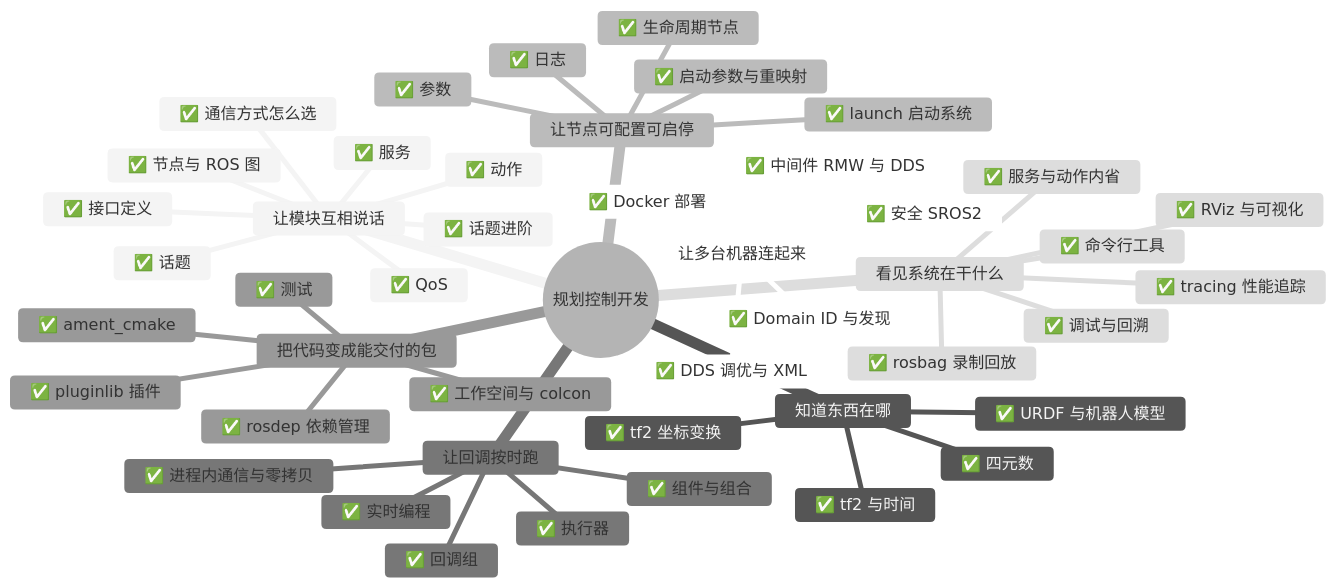
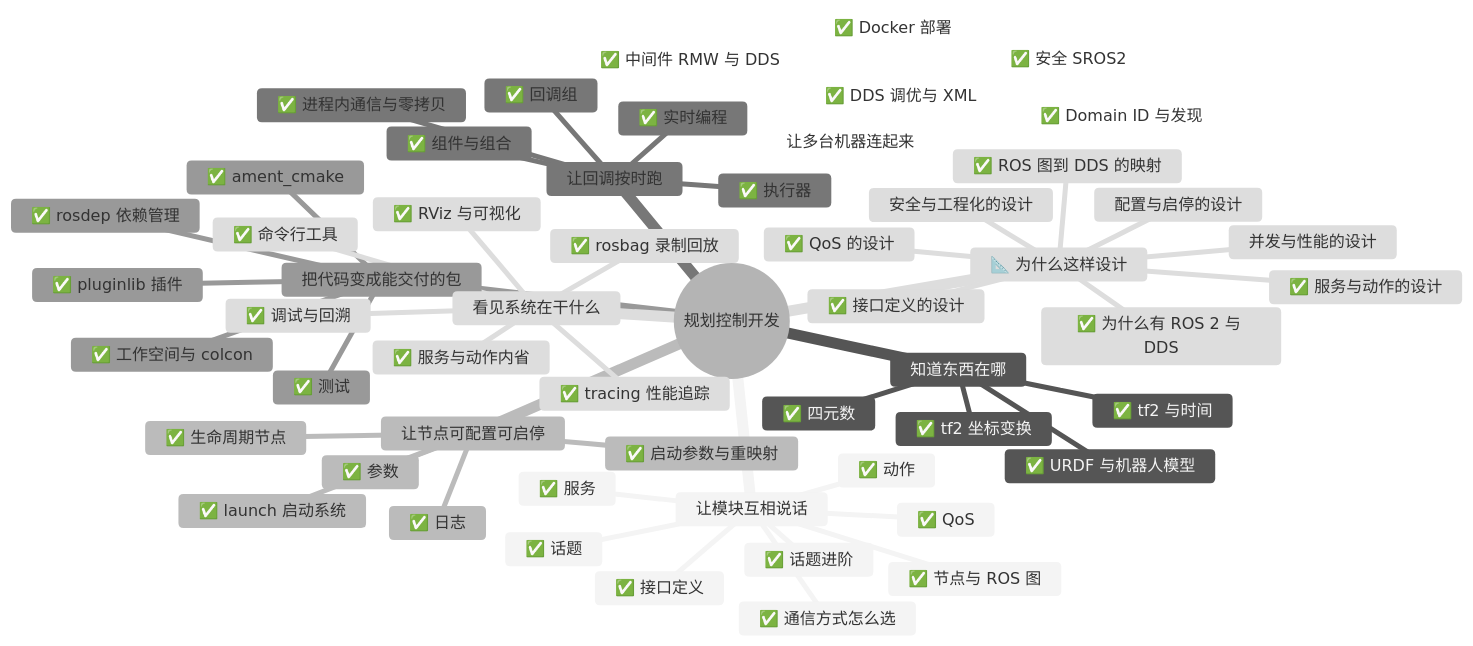
One commit to kevins-96/ros2_documentation changed the diagram in study/map/overview.md. Above: the diagram before and after it, drawn with Mermaid (neutral theme). The commit also changed other lines of this file and 34 other files, not shown here.

````diff
--- a/study/map/overview.md
+++ b/study/map/overview.md
@@ -6,49 +6,58 @@
 ```mermaid
 mindmap
   root((规划控制开发))
     让模块互相说话
       ✅ 节点与 ROS 图
       ✅ 通信方式怎么选
       ✅ 话题
       ✅ QoS
       ✅ 服务
       ✅ 动作
       ✅ 接口定义
       ✅ 话题进阶
     知道东西在哪
       ✅ tf2 坐标变换
       ✅ tf2 与时间
       ✅ 四元数
       ✅ URDF 与机器人模型
     让节点可配置可启停
       ✅ 参数
       ✅ 生命周期节点
       ✅ launch 启动系统
       ✅ 启动参数与重映射
       ✅ 日志
     让回调按时跑
       ✅ 执行器
       ✅ 回调组
       ✅ 组件与组合
       ✅ 进程内通信与零拷贝
       ✅ 实时编程
     把代码变成能交付的包
       ✅ 工作空间与 colcon
       ✅ ament_cmake
       ✅ rosdep 依赖管理
       ✅ pluginlib 插件
       ✅ 测试
     看见系统在干什么
       ✅ 命令行工具
       ✅ rosbag 录制回放
       ✅ 服务与动作内省
       ✅ 调试与回溯
       ✅ tracing 性能追踪
       ✅ RViz 与可视化
     让多台机器连起来
       ✅ 中间件 RMW 与 DDS
       ✅ Domain ID 与发现
       ✅ DDS 调优与 XML
       ✅ Docker 部署
       ✅ 安全 SROS2
+    📐 为什么这样设计
+      ✅ 为什么有 ROS 2 与 DDS
+      ✅ ROS 图到 DDS 的映射
+      ✅ QoS 的设计
+      ✅ 服务与动作的设计
+      ✅ 接口定义的设计
+      配置与启停的设计
+      并发与性能的设计
+      安全与工程化的设计
 ```
````
